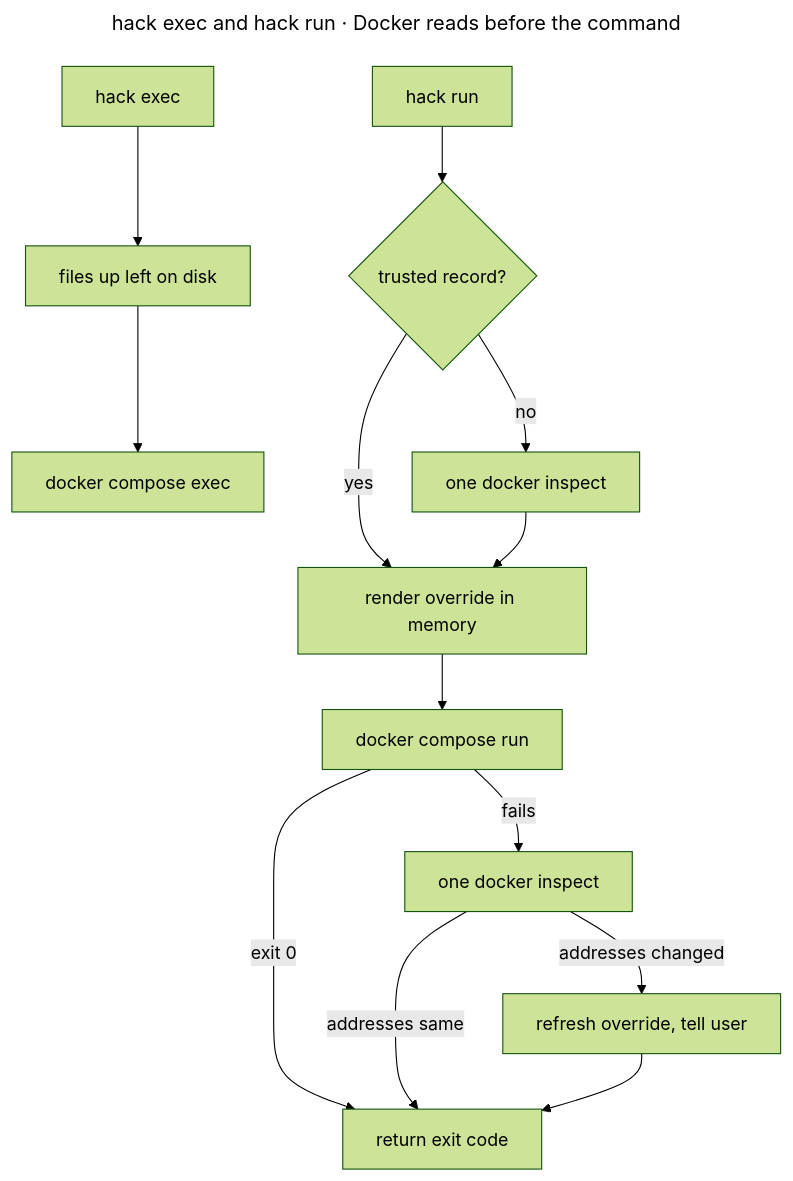
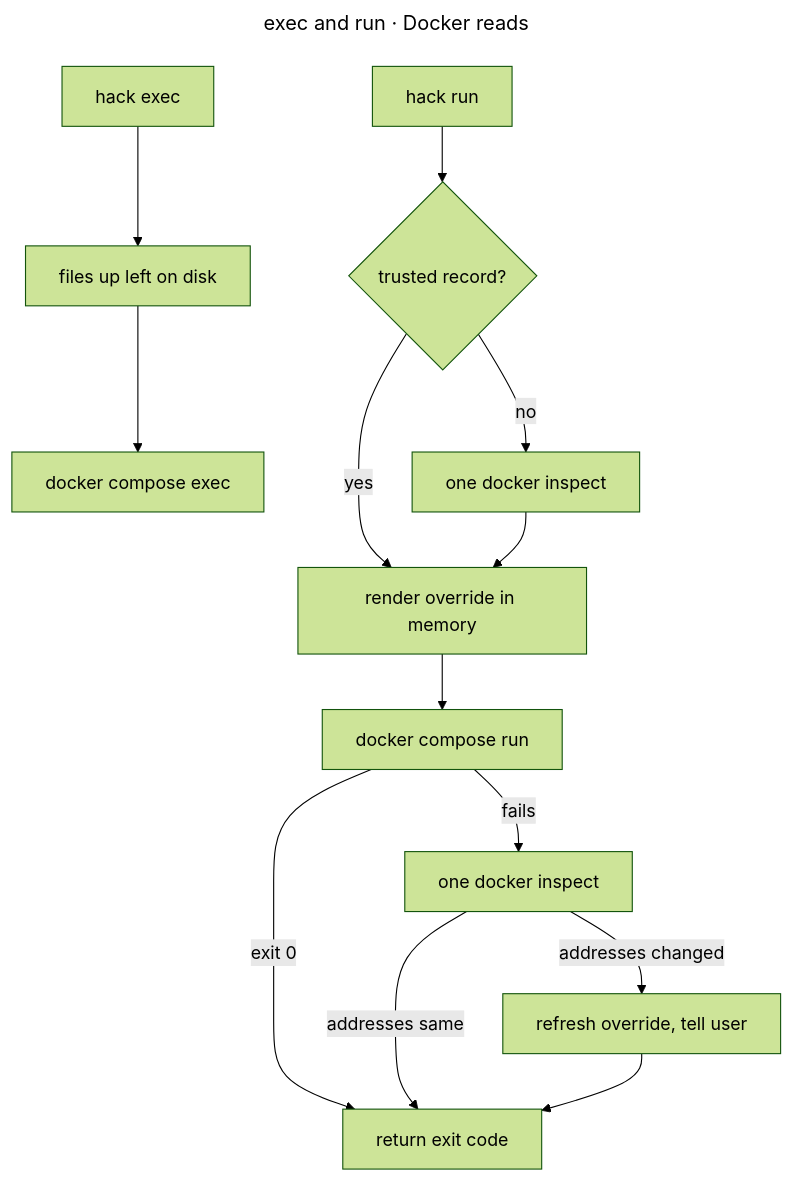
Before and after one commit to hack-dance/hack: the diagram in docs/diagrams/compose-exec-run-addresses.mmd, drawn with Mermaid (forest theme). The commit also changed 5 other files, not shown here.

First line of the commit message:
docs(diagrams): add 2x PNG state charts rendered with Chromium

```diff
--- a/docs/diagrams/compose-exec-run-addresses.mmd
+++ b/docs/diagrams/compose-exec-run-addresses.mmd
@@ -1,16 +1,16 @@
 ---
-title: hack exec and hack run · Docker reads before the command
+title: exec and run · Docker reads
 ---
 flowchart TD
   E[hack exec] --> F[files up left on disk]
   F --> X[docker compose exec]
   R[hack run] --> Q{trusted record?}
   Q -- yes --> O[render override in memory]
   Q -- no --> I[one docker inspect]
   I --> O
   O --> RUN[docker compose run]
   RUN -- exit 0 --> D[return exit code]
   RUN -- fails --> C[one docker inspect]
   C -- addresses same --> D
   C -- addresses changed --> U[refresh override, tell user]
   U --> D
```
